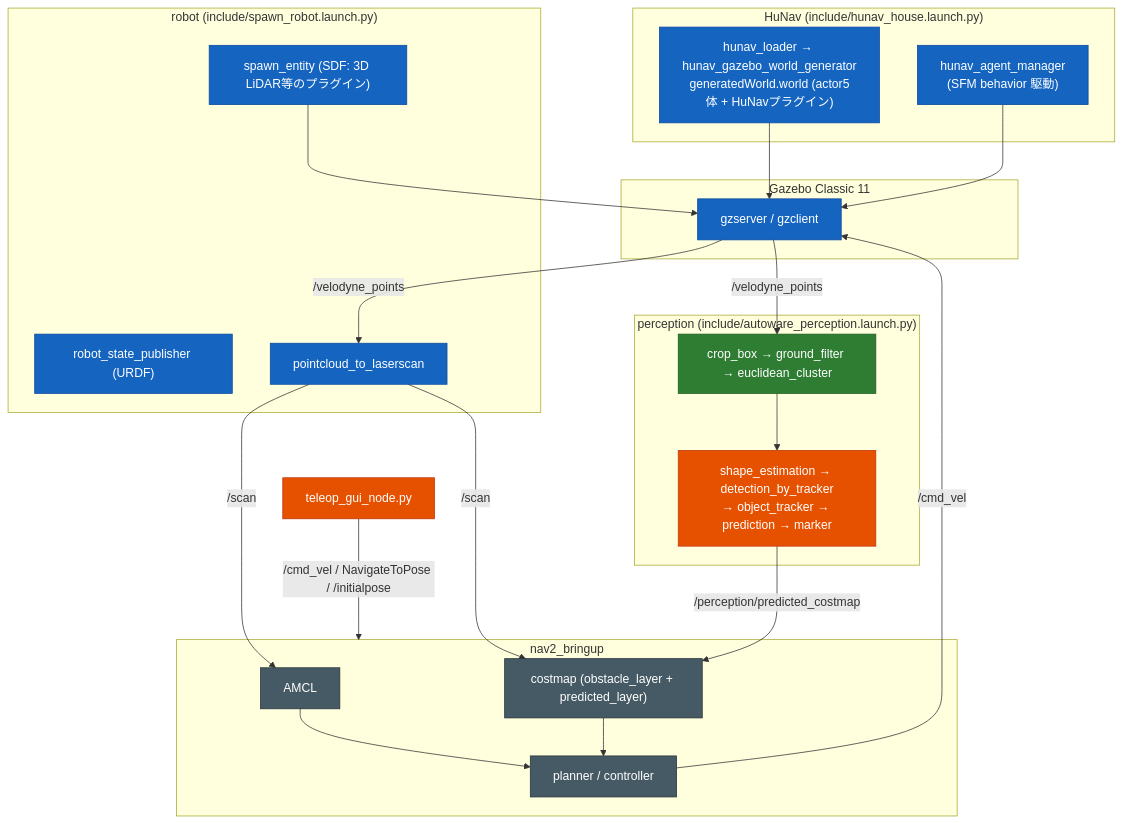
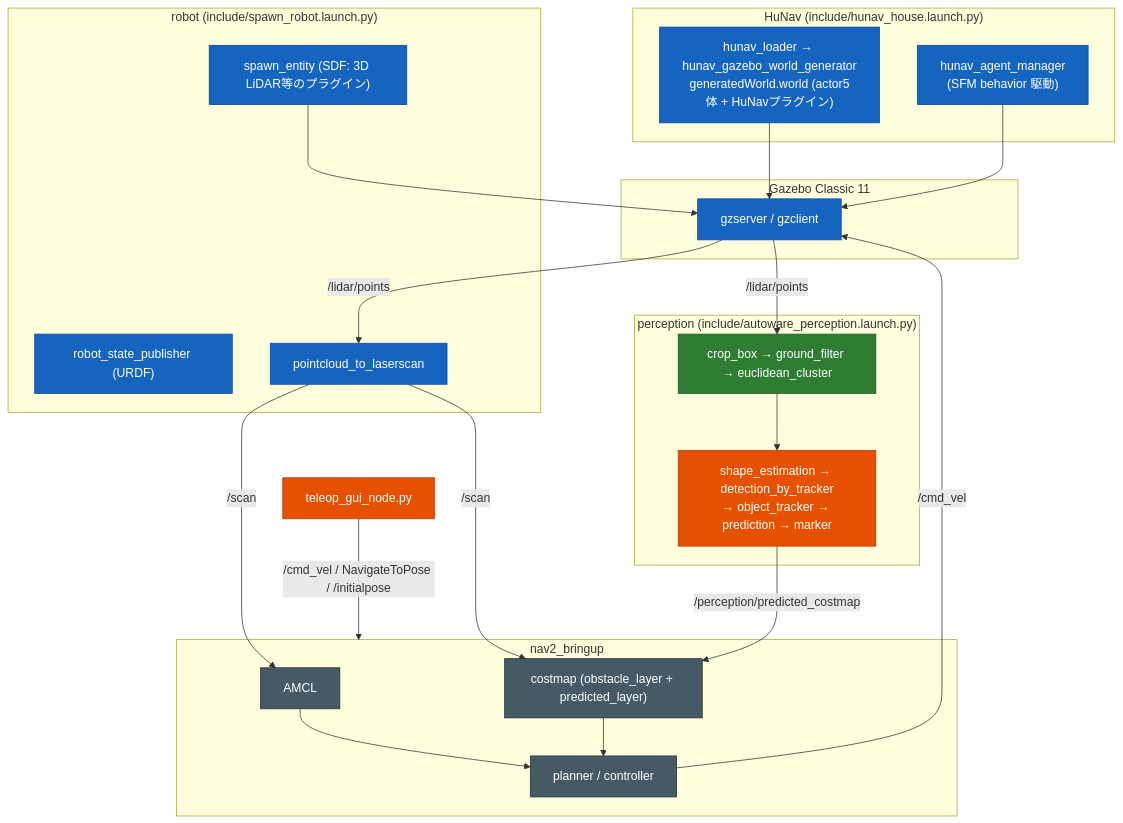
Before and after one commit to sato-susumu/susumu_object_perception: the first of 2 diagrams in AGENTS.md, drawn with Mermaid. The commit also changed other lines of this file and 66 other files, not shown here.

````diff
--- a/AGENTS.md
+++ b/AGENTS.md
@@ -64,48 +74,48 @@
 ```mermaid
 flowchart TD
   subgraph HUNAV["HuNav (include/hunav_house.launch.py)"]
     LOADER["hunav_loader → hunav_gazebo_world_generator<br/>generatedWorld.world (actor5体 + HuNavプラグイン)"]
     MGR["hunav_agent_manager<br/>(SFM behavior 駆動)"]
   end
   subgraph GZ["Gazebo Classic 11"]
     SERVER["gzserver / gzclient"]
   end
   subgraph ROBOT["robot (include/spawn_robot.launch.py)"]
     RSP["robot_state_publisher (URDF)"]
     SPAWN["spawn_entity (SDF: 3D LiDAR等のプラグイン)"]
     P2L["pointcloud_to_laserscan"]
   end
   subgraph PERC["perception (include/autoware_perception.launch.py)"]
     AWMOD["crop_box → ground_filter → euclidean_cluster"]
     OWNNODES["shape_estimation → detection_by_tracker<br/>→ object_tracker → prediction → marker"]
   end
   subgraph NAV2["nav2_bringup"]
     AMCL["AMCL"]
     COST["costmap (obstacle_layer + predicted_layer)"]
     PLAN["planner / controller"]
   end
   GUI["teleop_gui_node.py"]
 
   LOADER --> SERVER
   MGR --> SERVER
   SPAWN --> SERVER
-  SERVER -->|"/velodyne_points"| P2L
-  SERVER -->|"/velodyne_points"| AWMOD
+  SERVER -->|"/lidar/points"| P2L
+  SERVER -->|"/lidar/points"| AWMOD
   P2L -->|"/scan"| AMCL
   P2L -->|"/scan"| COST
   AWMOD --> OWNNODES
   OWNNODES -->|"/perception/predicted_costmap"| COST
   AMCL --> PLAN
   COST --> PLAN
   PLAN -->|"/cmd_vel"| SERVER
   GUI -->|"/cmd_vel / NavigateToPose / /initialpose"| NAV2
 
   classDef aw fill:#2e7d32,stroke:#1b5e20,color:#fff;
   classDef own fill:#e65100,stroke:#bf360c,color:#fff;
   classDef hd fill:#1565c0,stroke:#0d47a1,color:#fff;
   classDef ext fill:#455a64,stroke:#263238,color:#fff;
   class AWMOD aw;
   class OWNNODES,GUI own;
   class SERVER,LOADER,MGR,SPAWN,RSP,P2L hd;
   class AMCL,COST,PLAN ext;
 ```
````
